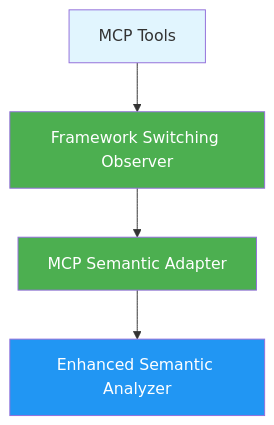
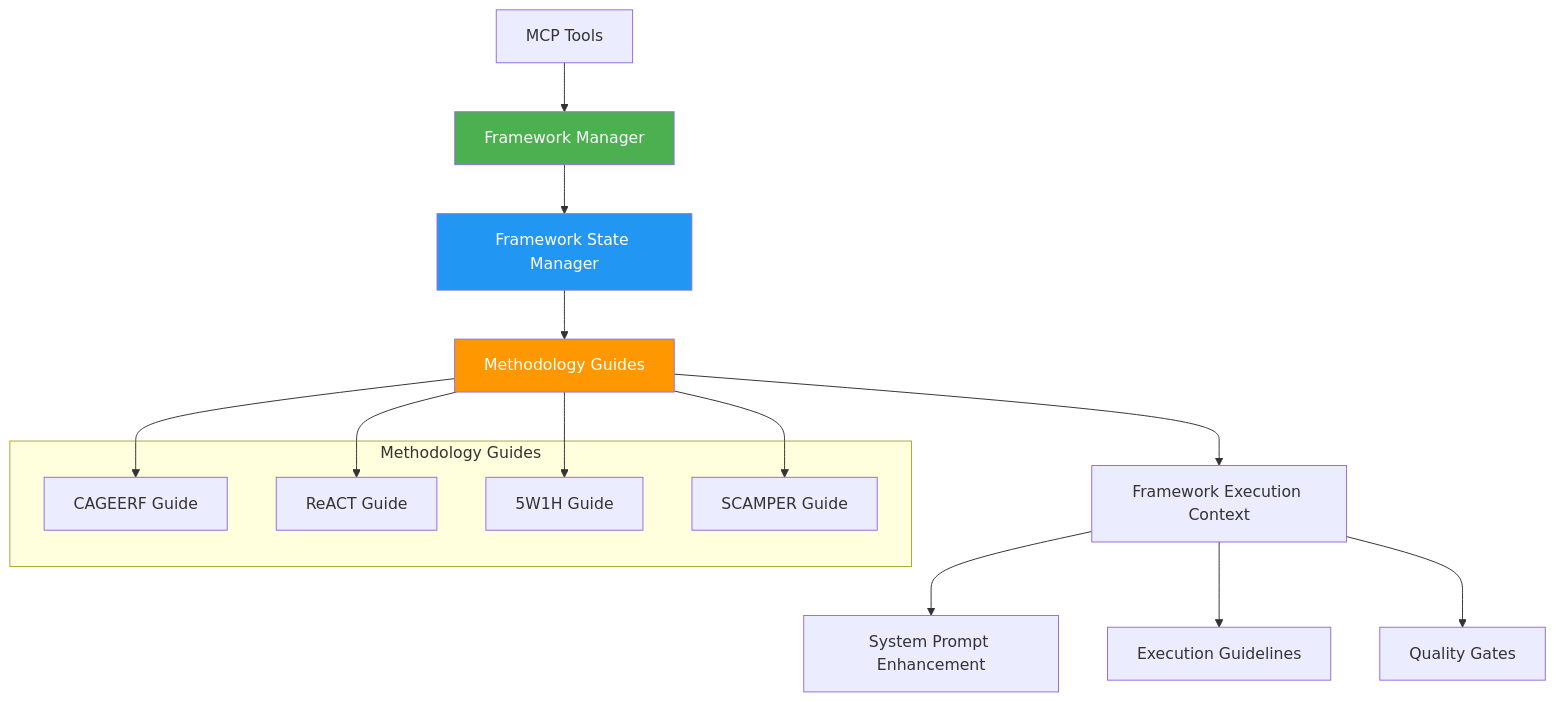
One commit to minipuft/claude-prompts-mcp changed the diagram in server/src/frameworks/adapters/README.md. Above: the diagram before and after it, drawn with Mermaid. The commit also changed other lines of this file and 107 other files, not shown here.

First line of the commit message:
feat: version 1.2.0 - major architectural consolidation and system enhancement

````diff
--- a/server/src/frameworks/adapters/README.md
+++ b/server/src/frameworks/adapters/README.md
@@ -9,11 +9,27 @@
 ```mermaid
 graph TB
-    A[MCP Tools] --> B[Framework Switching Observer]
-    B --> C[MCP Semantic Adapter]
-    C --> D[Enhanced Semantic Analyzer]
+    A[MCP Tools] --> B[Framework Manager]
+    B --> C[Framework State Manager]
+    C --> D[Methodology Guides]
+    D --> E[Framework Execution Context]
     
-    style A fill:#e1f5fe
+    subgraph "Methodology Guides"
+        F[CAGEERF Guide]
+        G[ReACT Guide] 
+        H[5W1H Guide]
+        I[SCAMPER Guide]
+    end
+    
+    D --> F
+    D --> G
+    D --> H
+    D --> I
+    
+    E --> J[System Prompt Enhancement]
+    E --> K[Execution Guidelines]
+    E --> L[Quality Gates]
+    
     style B fill:#4caf50,color:#fff
-    style C fill:#4caf50,color:#fff
-    style D fill:#2196f3,color:#fff
+    style C fill:#2196f3,color:#fff
+    style D fill:#ff9800,color:#fff
 ```
````
